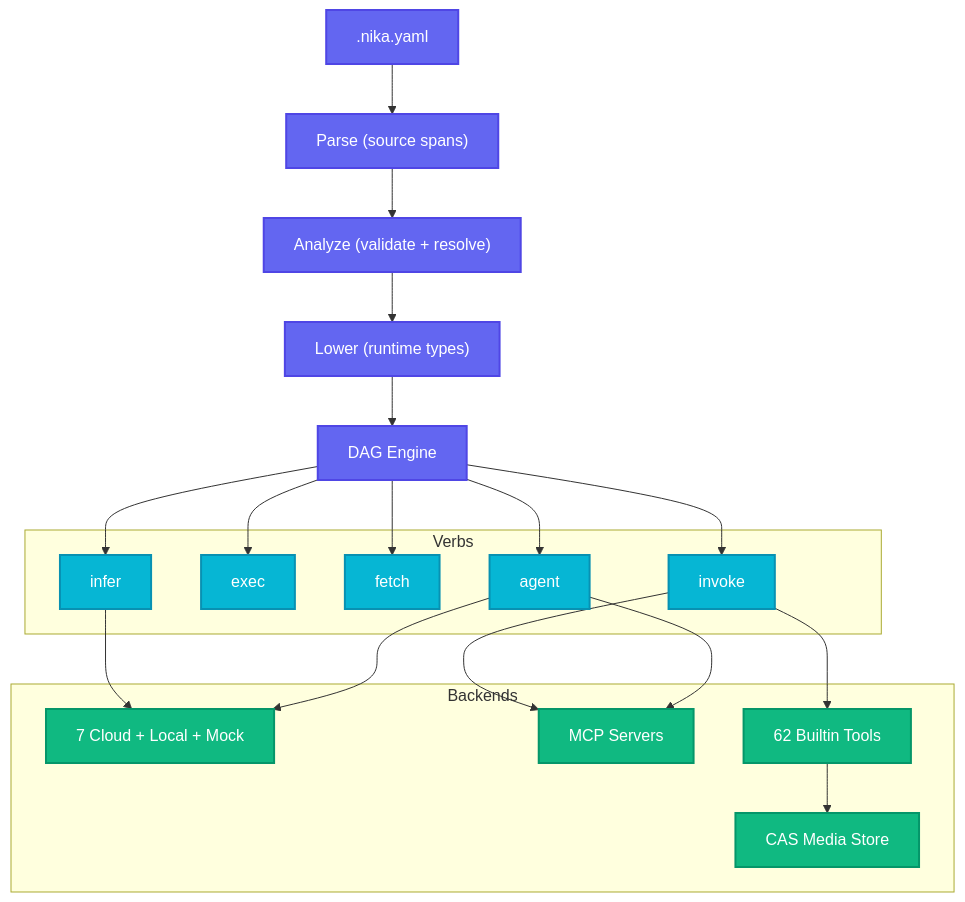
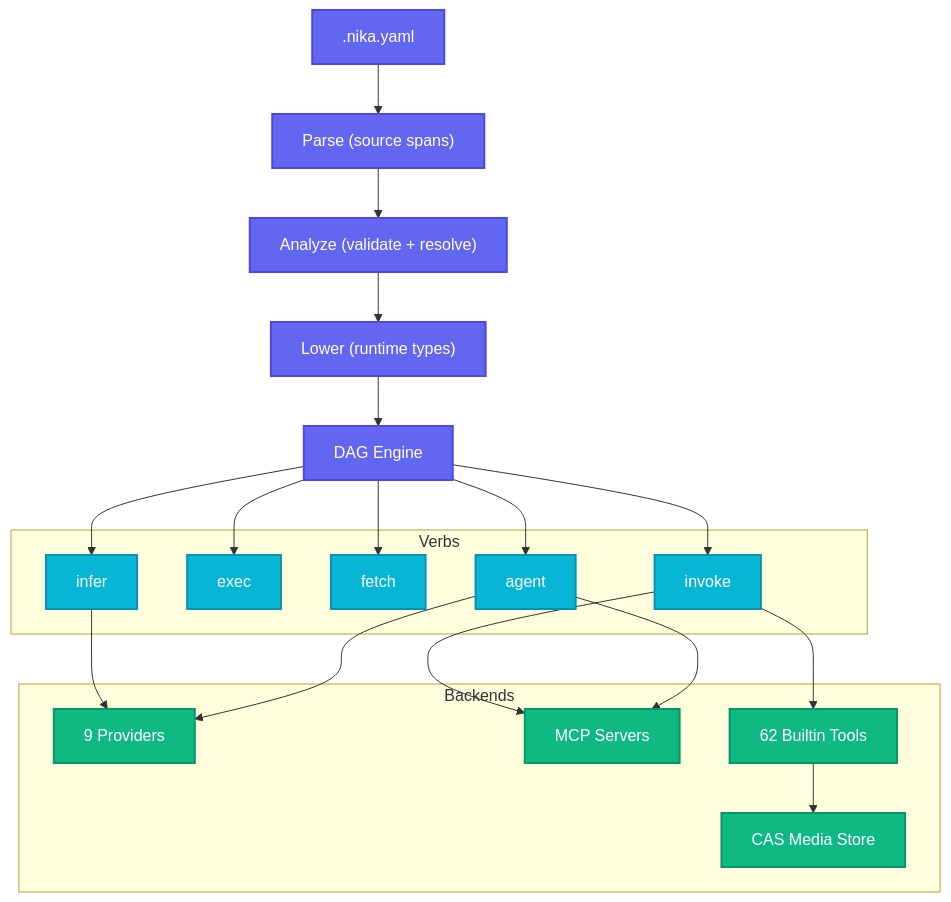
One commit to supernovae-st/nika changed the second of 2 diagrams in README.md. Above: the diagram before and after it, drawn with Mermaid. The commit also changed other lines of this file, not shown here.

````diff
--- a/README.md
+++ b/README.md
@@ -467,36 +547,36 @@
 ```mermaid
 flowchart TD
     classDef phase fill:#6366f1,stroke:#4f46e5,stroke-width:2px,color:#fff
     classDef verb fill:#06b6d4,stroke:#0891b2,stroke-width:2px,color:#fff
     classDef backend fill:#10b981,stroke:#059669,stroke-width:2px,color:#fff
 
     YAML[".nika.yaml"]:::phase
     RAW["Parse (source spans)"]:::phase
     ANA["Analyze (validate + resolve)"]:::phase
     LOW["Lower (runtime types)"]:::phase
     DAG["DAG Engine"]:::phase
 
     YAML --> RAW --> ANA --> LOW --> DAG
 
     subgraph Verbs
         INF[infer]:::verb
         EXC[exec]:::verb
         FET[fetch]:::verb
         INV[invoke]:::verb
         AGT[agent]:::verb
     end
 
     DAG --> INF & EXC & FET & INV & AGT
 
     subgraph Backends
-        PROV["7 Cloud + Local + Mock"]:::backend
+        PROV["9 Providers"]:::backend
         MCPS["MCP Servers"]:::backend
         BUILT["62 Builtin Tools"]:::backend
         CAS["CAS Media Store"]:::backend
     end
 
     INF & AGT --> PROV
     INV & AGT --> MCPS
     INV --> BUILT
     BUILT --> CAS
 ```
````
